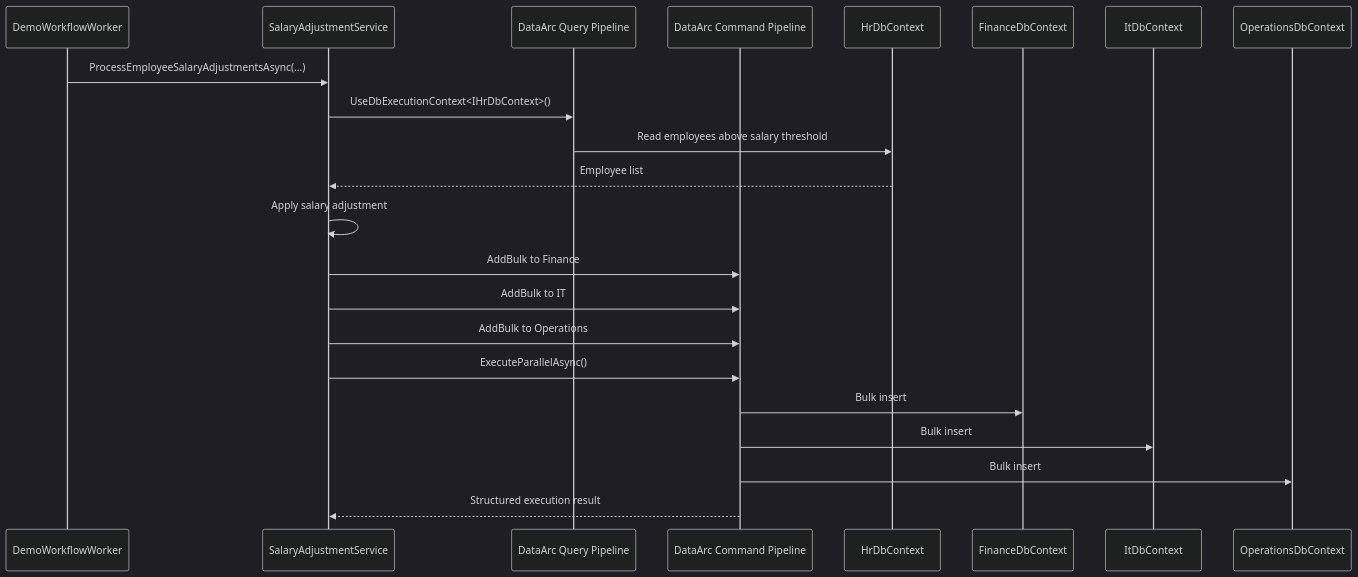
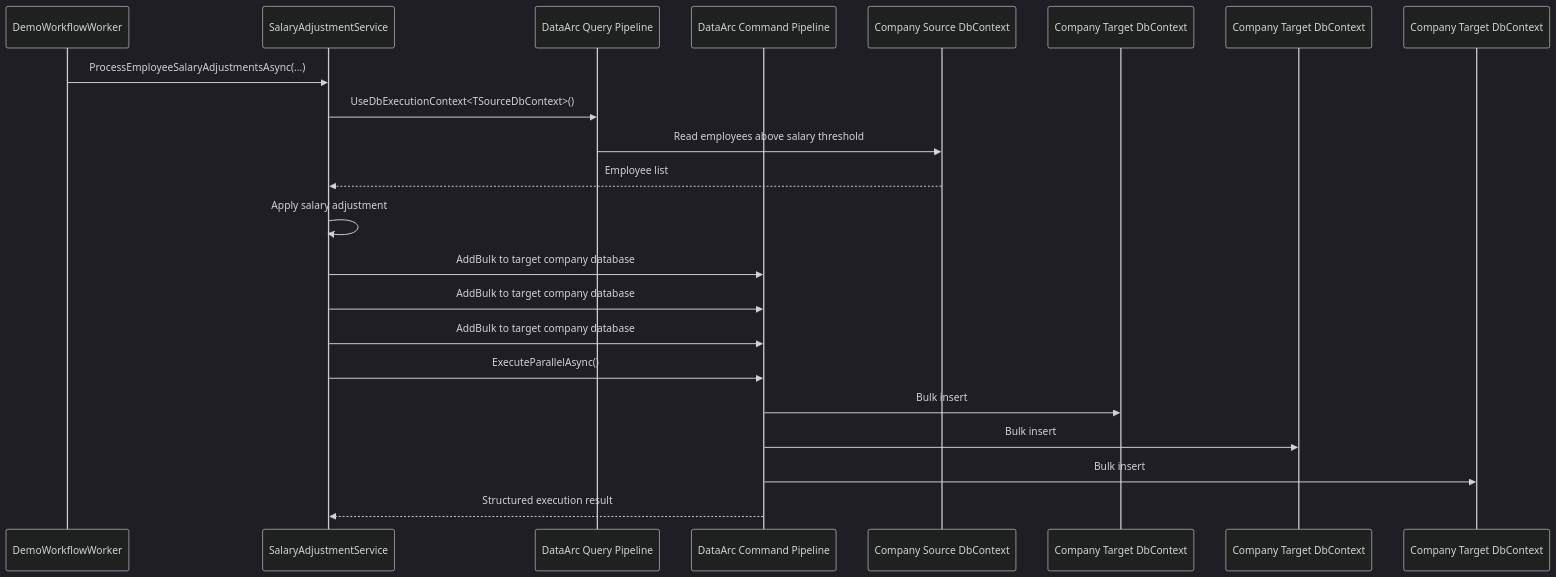
The second of 4 diagrams in README.md (SolidArcSoftware/DataArc.EntityFrameworkCore), drawn with Mermaid (dark theme) before and after one commit. The commit also changed other lines of this file and 10 other files, not shown here.

````diff
--- a/README.md
+++ b/README.md
@@ -312,28 +483,28 @@
 ```mermaid
 sequenceDiagram
     participant Worker as DemoWorkflowWorker
     participant Salary as SalaryAdjustmentService
     participant Query as DataArc Query Pipeline
     participant Command as DataArc Command Pipeline
-    participant HR as HrDbContext
-    participant Finance as FinanceDbContext
-    participant IT as ItDbContext
-    participant Ops as OperationsDbContext
+    participant Source as Company Source DbContext
+    participant Target1 as Company Target DbContext
+    participant Target2 as Company Target DbContext
+    participant Target3 as Company Target DbContext
 
     Worker->>Salary: ProcessEmployeeSalaryAdjustmentsAsync(...)
-    Salary->>Query: UseDbExecutionContext<IHrDbContext>()
-    Query->>HR: Read employees above salary threshold
-    HR-->>Salary: Employee list
+    Salary->>Query: UseDbExecutionContext<TSourceDbContext>()
+    Query->>Source: Read employees above salary threshold
+    Source-->>Salary: Employee list
 
     Salary->>Salary: Apply salary adjustment
 
-    Salary->>Command: AddBulk to Finance
-    Salary->>Command: AddBulk to IT
-    Salary->>Command: AddBulk to Operations
+    Salary->>Command: AddBulk to target company database
+    Salary->>Command: AddBulk to target company database
+    Salary->>Command: AddBulk to target company database
     Salary->>Command: ExecuteParallelAsync()
 
-    Command->>Finance: Bulk insert
-    Command->>IT: Bulk insert
-    Command->>Ops: Bulk insert
+    Command->>Target1: Bulk insert
+    Command->>Target2: Bulk insert
+    Command->>Target3: Bulk insert
     Command-->>Salary: Structured execution result
 ```
````
